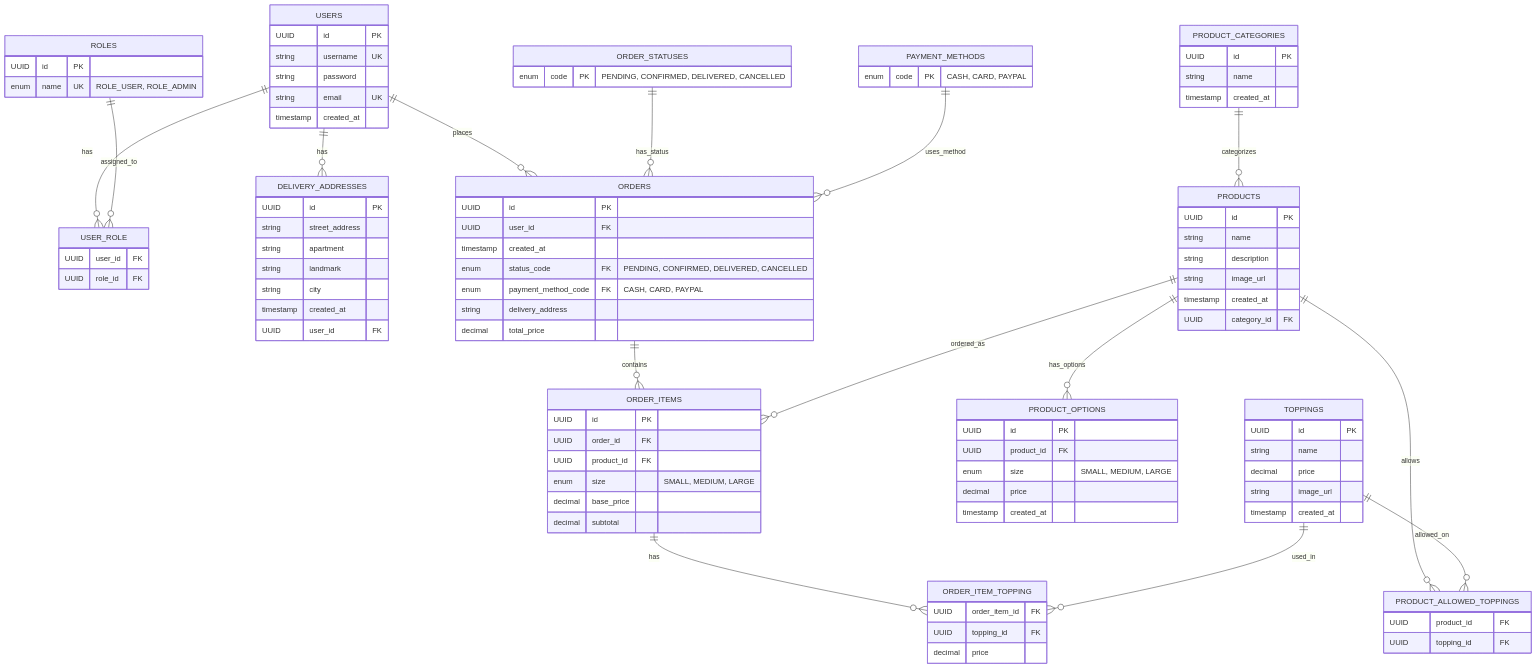
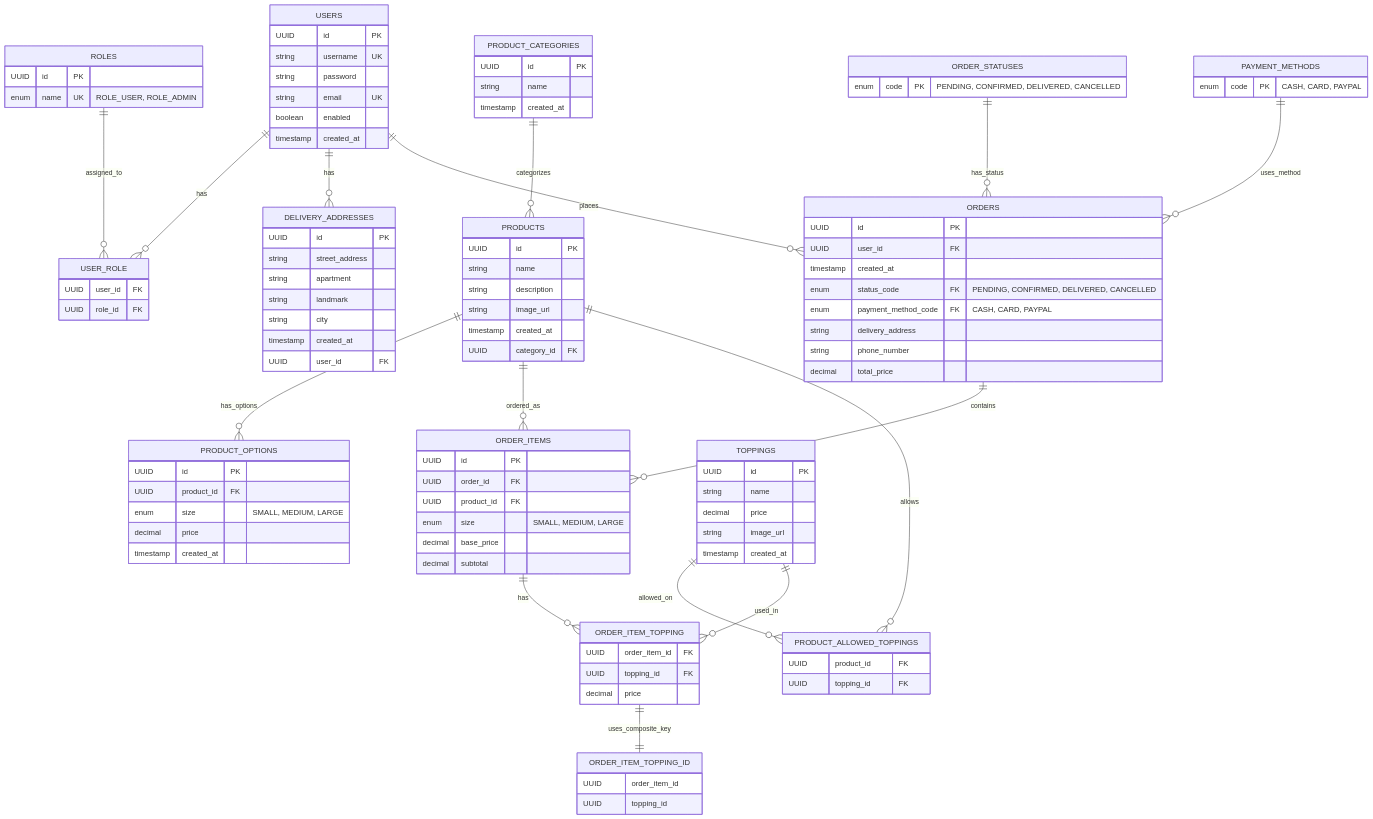
One commit to Solange-s-Courses/ex4-spring-anas-amr changed the diagram in README.md. Above: the diagram before and after it, drawn with Mermaid. The commit also changed other lines of this file and 1 other file, not shown here.

Commit message:
Refactor admin users management: optimize JavaScript class structure; enhance event handling and DOM caching for improved performance; streamline modal interactions and password validation logic.

````diff
--- a/README.md
+++ b/README.md
@@ -82,6 +82,7 @@
         string username UK
         string password
         string email UK
+        boolean enabled
         timestamp created_at
     }
 
@@ -112,6 +113,7 @@
         enum status_code FK "PENDING, CONFIRMED, DELIVERED, CANCELLED"
         enum payment_method_code FK "CASH, CARD, PAYPAL"
         string delivery_address
+        string phone_number
         decimal total_price
     }
 
@@ -174,6 +176,11 @@
         decimal price
     }
 
+    ORDER_ITEM_TOPPING_ID {
+        UUID order_item_id
+        UUID topping_id
+    }
+
     %% Relationships
     USERS ||--o{ USER_ROLE : "has"
     ROLES ||--o{ USER_ROLE : "assigned_to"
@@ -195,4 +202,5 @@
 
     ORDER_ITEMS ||--o{ ORDER_ITEM_TOPPING : "has"
     TOPPINGS ||--o{ ORDER_ITEM_TOPPING : "used_in"
+    ORDER_ITEM_TOPPING ||--|| ORDER_ITEM_TOPPING_ID : "uses_composite_key"
 ```
````
